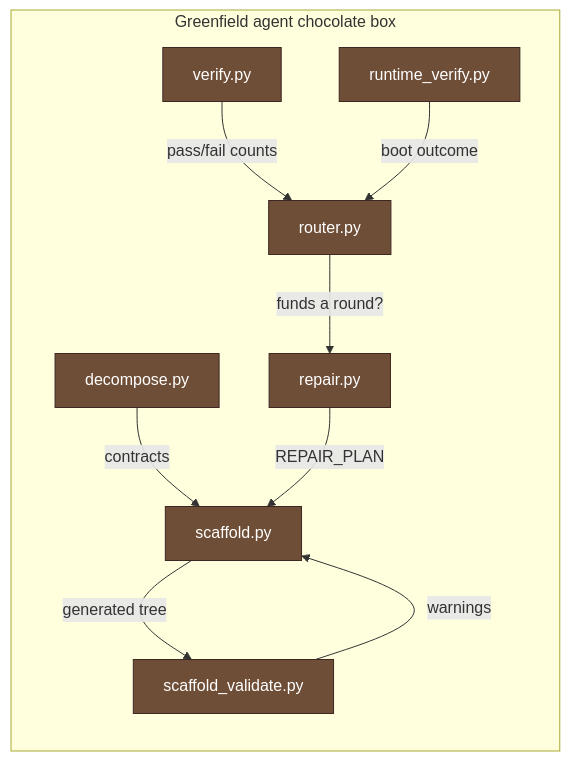
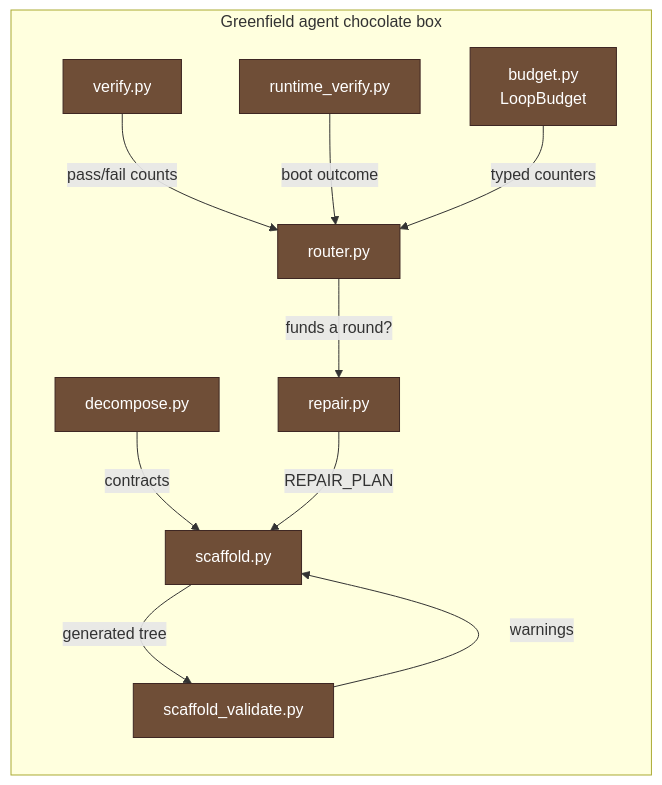
One commit to raminmohammadi/CGX changed the second of 2 diagrams in docs/usage.md. Above: the diagram before and after it, drawn with Mermaid. The commit also changed 5 other files, not shown here.

````diff
--- a/docs/usage.md
+++ b/docs/usage.md
@@ -796,23 +796,25 @@
 ```mermaid
 flowchart TB
     subgraph BOX["Greenfield agent chocolate box"]
       direction TB
       DEC["decompose.py"]
       SCA["scaffold.py"]
       SVAL["scaffold_validate.py"]
       RTV["runtime_verify.py"]
       VER["verify.py"]
       REP["repair.py"]
       ROU["router.py"]
+      BUD["budget.py<br/>LoopBudget"]
     end
     DEC -->|contracts| SCA
     SCA -->|generated tree| SVAL
     SVAL -->|warnings| SCA
     VER -->|pass/fail counts| ROU
     RTV -->|boot outcome| ROU
+    BUD -->|typed counters| ROU
     ROU -->|funds a round?| REP
     REP -->|REPAIR_PLAN| SCA
 
     classDef choc fill:#6f4e37,stroke:#3e2723,color:#fff;
-    class DEC,SCA,SVAL,RTV,VER,REP,ROU choc;
+    class DEC,SCA,SVAL,RTV,VER,REP,ROU,BUD choc;
 ```
````
